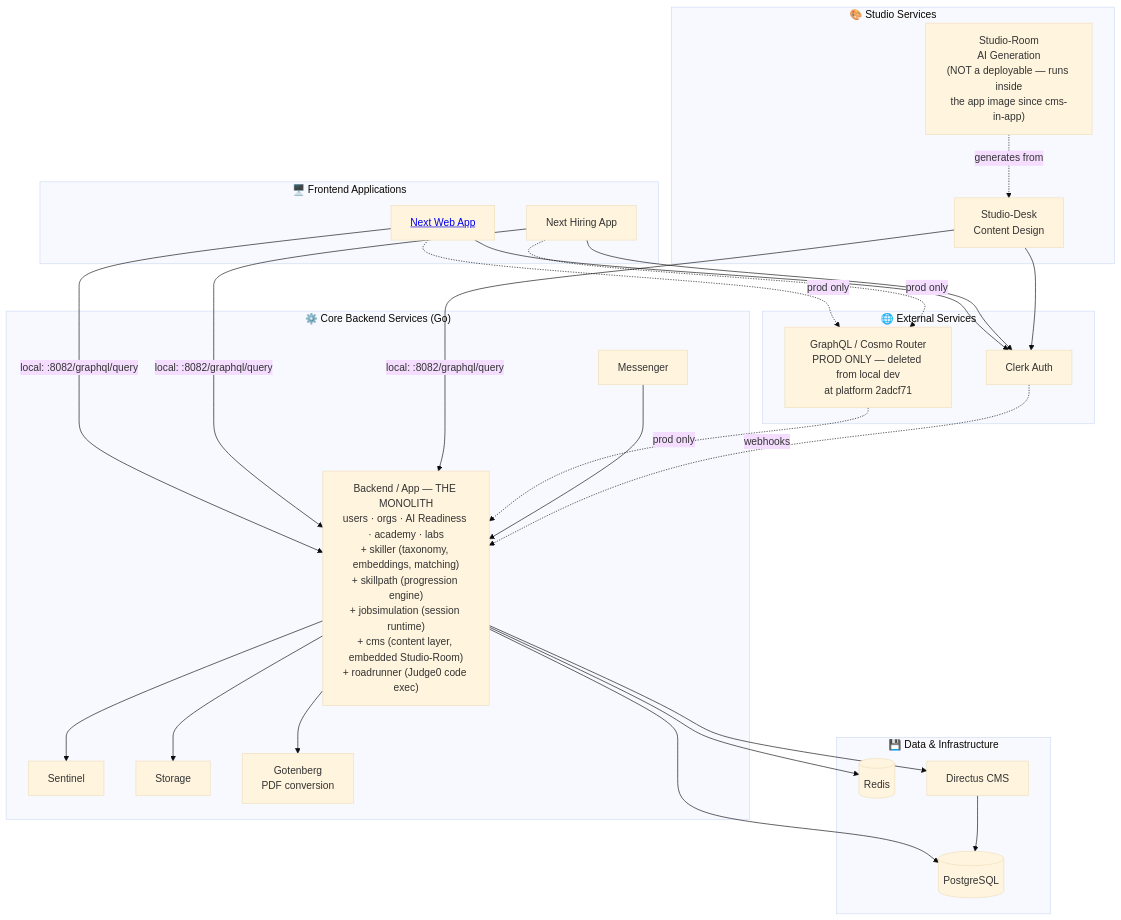
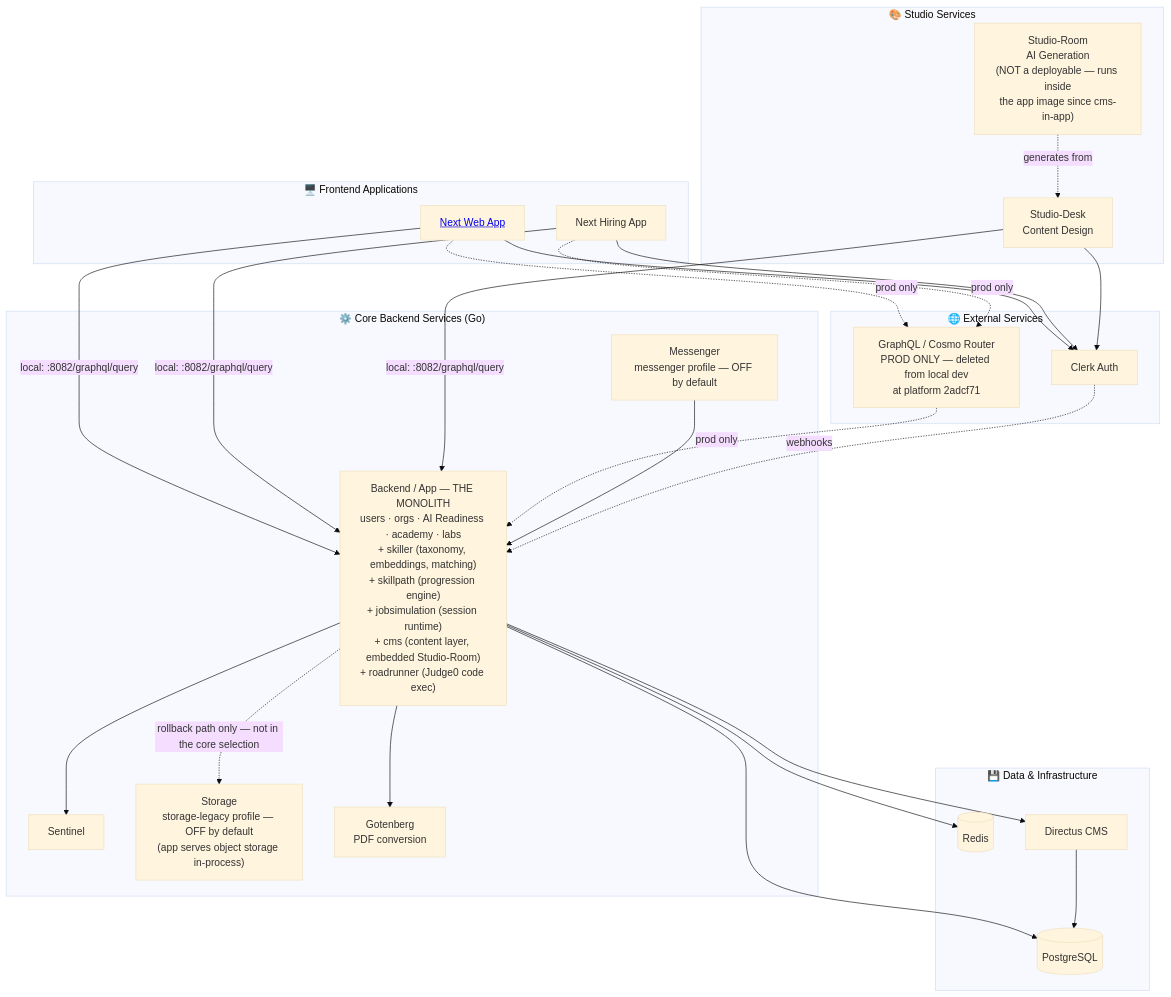
The diagram in corpus/architecture/architecture_overview.md (anthropos-work/rosetta), drawn with Mermaid (base theme) before and after one commit. The commit also changed other lines of this file and 32 other files, not shown here.

````diff
--- a/corpus/architecture/architecture_overview.md
+++ b/corpus/architecture/architecture_overview.md
@@ -73,64 +79,64 @@
 ```mermaid
 graph TD
     subgraph External["🌐 External Services"]
         Clerk[Clerk Auth]
         GraphQL["GraphQL / Cosmo Router<br/>PROD ONLY — deleted from local dev<br/>at platform 2adcf71"]
     end
     
     subgraph Frontend["🖥️ Frontend Applications"]
         Web[<a href='./frontend_architecture.md'>Next Web App</a>]
         Hiring[Next Hiring App]
     end
     
     subgraph Studio["🎨 Studio Services"]
         Desk[Studio-Desk<br/>Content Design]
         Room["Studio-Room<br/>AI Generation<br/>(NOT a deployable — runs inside<br/>the app image since cms-in-app)"]
     end
 
     subgraph Core["⚙️ Core Backend Services (Go)"]
         Gateway["Backend / App — THE MONOLITH<br/>users · orgs · AI Readiness · academy · labs<br/>+ skiller (taxonomy, embeddings, matching)<br/>+ skillpath (progression engine)<br/>+ jobsimulation (session runtime)<br/>+ cms (content layer, embedded Studio-Room)<br/>+ roadrunner (Judge0 code exec)"]
         Sentinel[Sentinel]
-        Storage[Storage]
-        Messenger[Messenger]
+        Storage["Storage<br/>storage-legacy profile — OFF by default<br/>(app serves object storage in-process)"]
+        Messenger[Messenger<br/>messenger profile — OFF by default]
         Gotenberg[Gotenberg<br/>PDF conversion]
     end
 
     subgraph Data["💾 Data & Infrastructure"]
         Postgres[(PostgreSQL)]
         Redis[(Redis)]
         Directus[Directus CMS]
     end
     
     %% Frontend connections
     Web --> Clerk
     Hiring --> Clerk
     Web -.->|prod only| GraphQL
     Hiring -.->|prod only| GraphQL
     Web -->|local: :8082/graphql/query| Gateway
     Hiring -->|local: :8082/graphql/query| Gateway
     
     %% Studio connections
     Desk --> Clerk
     Desk -->|local: :8082/graphql/query| Gateway
     Room -.->|generates from| Desk
     
     %% Router aggregation — PROD ONLY. ONE subgraph: backend. 915da06 deleted the cms AND jobsimulation
     %% entries in one commit (a 3 → 1 step) — the jobsimulation subgraph outlived jobsim-in-app.
     %% Locally there is no router at all: the frontends and studio-desk hit Gateway directly (edges above).
     GraphQL -.->|prod only| Gateway
 
     %% Core service dependencies
     Gateway --> Sentinel
     Gateway --> Gotenberg
-    Gateway --> Storage
+    Gateway -.->|rollback path only — not in the core selection| Storage
     Gateway --> Directus
     Messenger --> Gateway
 
     %% Data connections
     Gateway --> Postgres
     Gateway --> Redis
     Directus --> Postgres
     
     %% Clerk integration
     Clerk -.->|webhooks| Gateway
 ```
````
